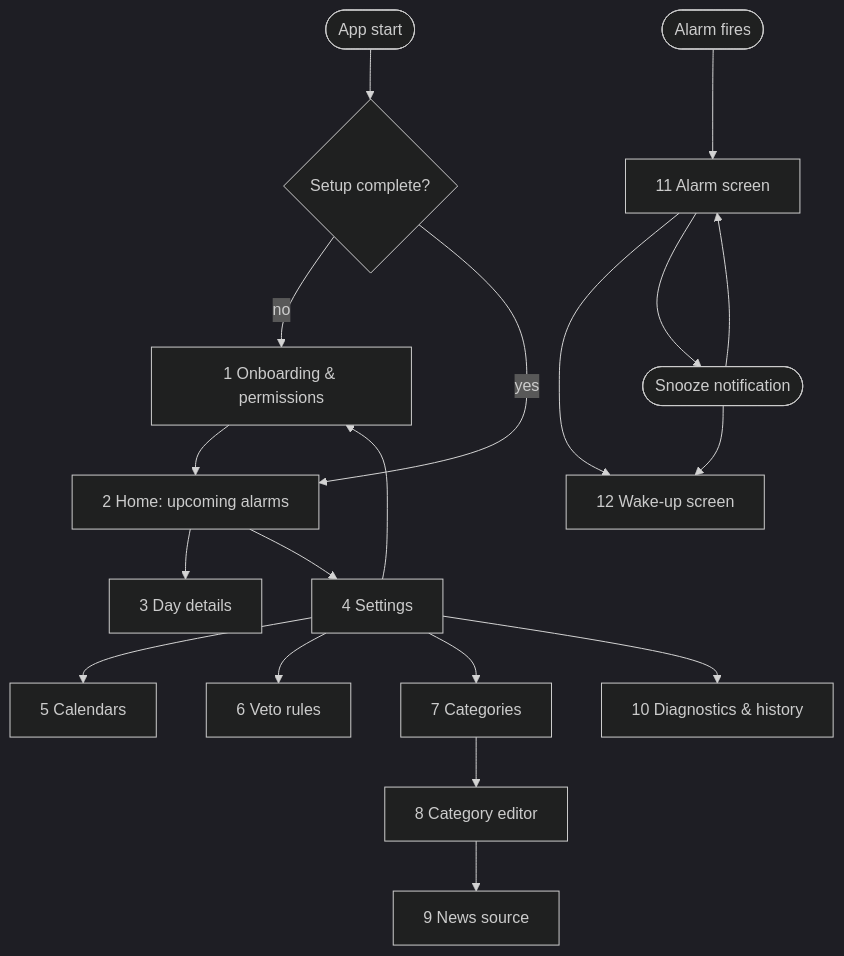
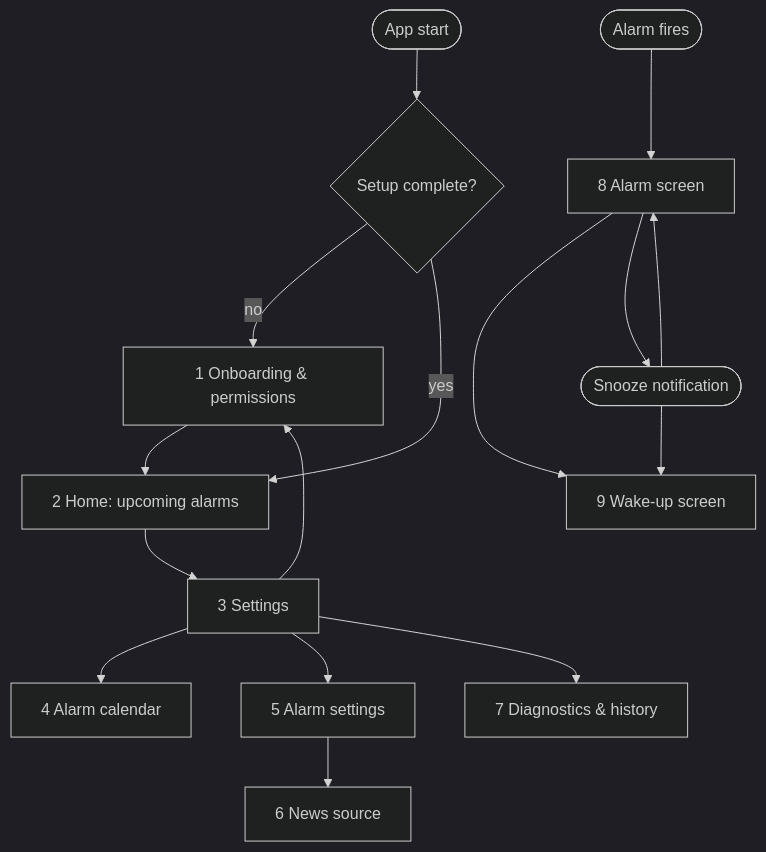
One commit to drehtuer/NextAlarmApp changed the diagram in docs/screens.md. Above: the diagram before and after it, drawn with Mermaid (dark theme). The commit also changed other lines of this file and 4 other files, not shown here.

First line of the commit message:
Take alarms from a dedicated alarm calendar

````diff
--- a/docs/screens.md
+++ b/docs/screens.md
@@ -8,22 +8,19 @@
 ```mermaid
 flowchart TD
     Start([App start]) --> Check{Setup complete?}
     Check -- no --> Onb[1 Onboarding & permissions]
     Check -- yes --> Home[2 Home: upcoming alarms]
     Onb --> Home
-    Home --> Day[3 Day details]
-    Home --> Settings[4 Settings]
-    Settings --> Cals[5 Calendars]
-    Settings --> Veto[6 Veto rules]
-    Settings --> Cats[7 Categories]
-    Cats --> Cat[8 Category editor]
-    Cat --> News[9 News source]
-    Settings --> Diag[10 Diagnostics & history]
+    Home --> Settings[3 Settings]
+    Settings --> Cal[4 Alarm calendar]
+    Settings --> AlarmSet[5 Alarm settings]
+    AlarmSet --> News[6 News source]
+    Settings --> Diag[7 Diagnostics & history]
     Settings --> Onb
 
-    Notif([Alarm fires]) --> Alarm[11 Alarm screen]
-    Alarm --> Wake[12 Wake-up screen]
+    Notif([Alarm fires]) --> Alarm[8 Alarm screen]
+    Alarm --> Wake[9 Wake-up screen]
     Alarm --> SnoozeN([Snooze notification])
     SnoozeN --> Alarm
     SnoozeN --> Wake
 ```
````
